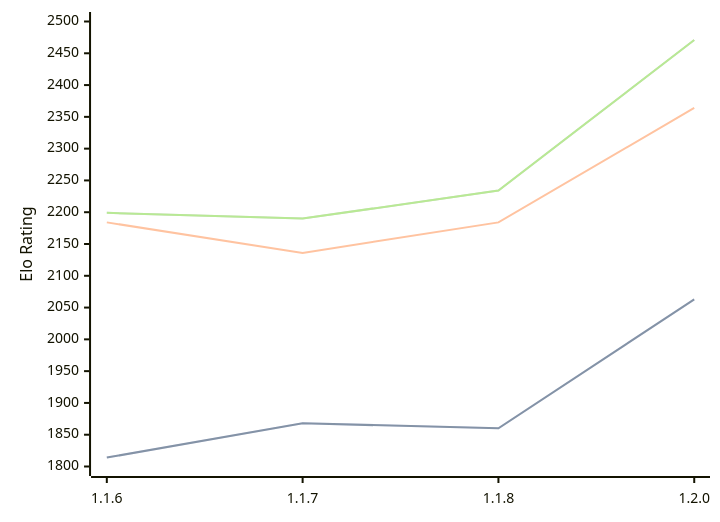
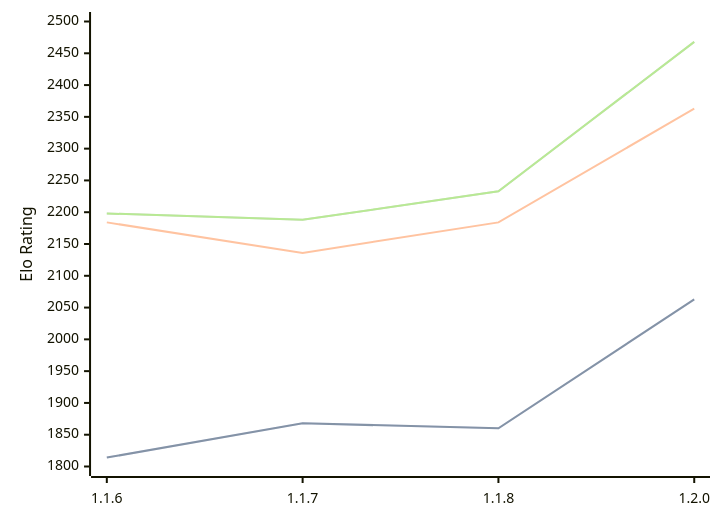
One commit to computer-chess-index/cci changed the diagram in engines/Soomi.md. Above: the diagram before and after it, drawn with Mermaid. The commit also changed other lines of this file, not shown here.

Commit message:
Update CCI Ratings (ELO VLTC) - 2026-04-23

````diff
--- a/engines/Soomi.md
+++ b/engines/Soomi.md
@@ -34,11 +34,11 @@
 ```mermaid
 %%{init: {"theme":"base","themeVariables":{"seriesColors:['#a3a3a3','#222221','#faa371']}}}%%
 xychart-beta
   x-axis ["1.1.6", "1.1.7", "1.1.8", "1.2.0"]
   y-axis "Elo Rating" 1800 --> 2500
   line "STC (8.0+0.08s)" [1814, 1868, 1860, 2063]
   line "STC (8.0+0.08s)" [1814, 1868, 1860, 2063]
-  line "LTC (60.0+0.60s)" [2184, 2136, 2184, 2364]
-  line "VLTC (2m24s+1.12s)" [2199, 2190, 2234, 2471]
-  line "VLTC (2m24s+1.12s)" [2199, 2190, 2234, 2471]
+  line "LTC (60.0+0.60s)" [2184, 2136, 2184, 2363]
+  line "VLTC (2m24s+1.12s)" [2198, 2188, 2233, 2468]
+  line "VLTC (2m24s+1.12s)" [2198, 2188, 2233, 2468]
 ```
````
